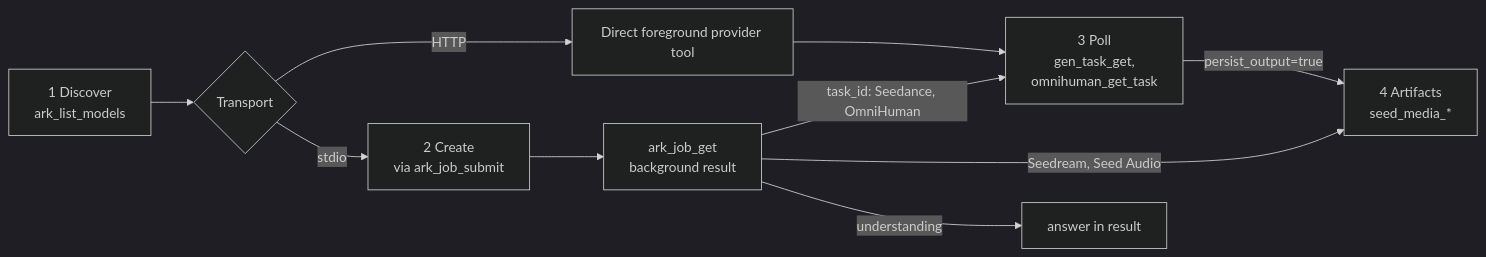
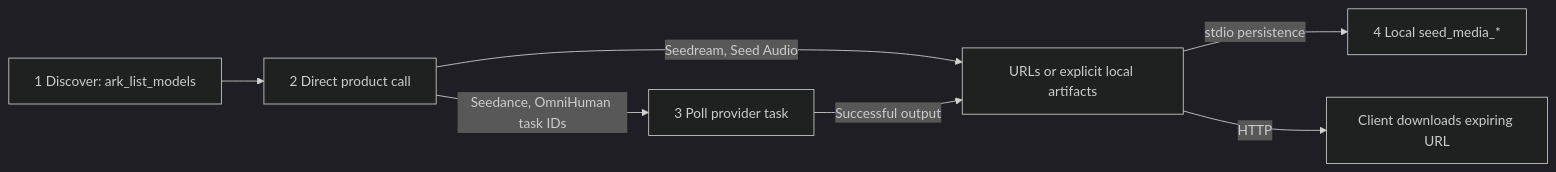
The diagram in .agents/skills/ark-mcp/SKILL.md (byteplus-sa/seed-mcp), drawn with Mermaid (dark theme) before and after one commit. The commit also changed other lines of this file and 274 other files, not shown here.

````diff
--- a/.agents/skills/ark-mcp/SKILL.md
+++ b/.agents/skills/ark-mcp/SKILL.md
@@ -52,12 +51,9 @@
 ```mermaid
 flowchart LR
-    discover["1 Discover<br/>ark_list_models"] --> mode{"Transport"}
-    mode -->|HTTP| direct["Direct foreground provider tool"]
-    mode -->|stdio| create["2 Create<br/>via ark_job_submit"]
-    direct --> poll
-    create --> job["ark_job_get<br/>background result"]
-    job -->|"task_id: Seedance, OmniHuman"| poll["3 Poll<br/>gen_task_get,<br/>omnihuman_get_task"]
-    job -->|"Seedream, Seed Audio"| artifacts["4 Artifacts<br/>seed_media_*"]
-    job -->|"understanding"| text["answer in result"]
-    poll -->|"persist_output=true"| artifacts
+    discover["1 Discover: ark_list_models"] --> create["2 Direct product call"]
+    create -->|"Seedance, OmniHuman task IDs"| poll["3 Poll provider task"]
+    create -->|"Seedream, Seed Audio"| output["URLs or explicit local artifacts"]
+    poll -->|"Successful output"| output
+    output -->|"stdio persistence"| artifacts["4 Local seed_media_*"]
+    output -->|"HTTP"| download["Client downloads expiring URL"]
 ```
````
